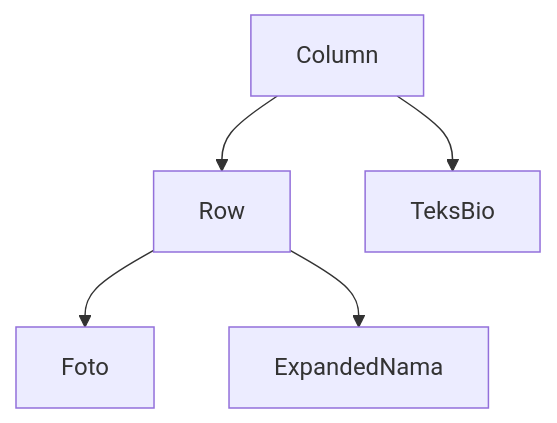
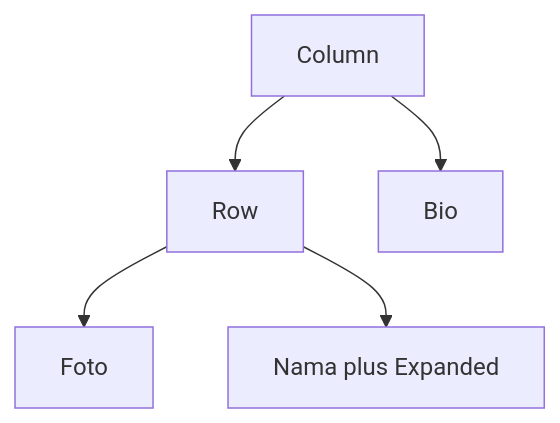
One commit to antonprafanto/mobile2026 changed the fourth of 5 diagrams in modul-02-ui/README.md. Above: the diagram before and after it, drawn with Mermaid. The commit also changed other lines of this file and 6 other files, not shown here.

````diff
--- a/modul-02-ui/README.md
+++ b/modul-02-ui/README.md
@@ -181,7 +197,7 @@
 ```mermaid
 flowchart TB
   Column --> Row
-  Column --> TeksBio
+  Column --> Bio
   Row --> Foto
-  Row --> ExpandedNama
+  Row --> Nama["Nama plus Expanded"]
 ```
````
